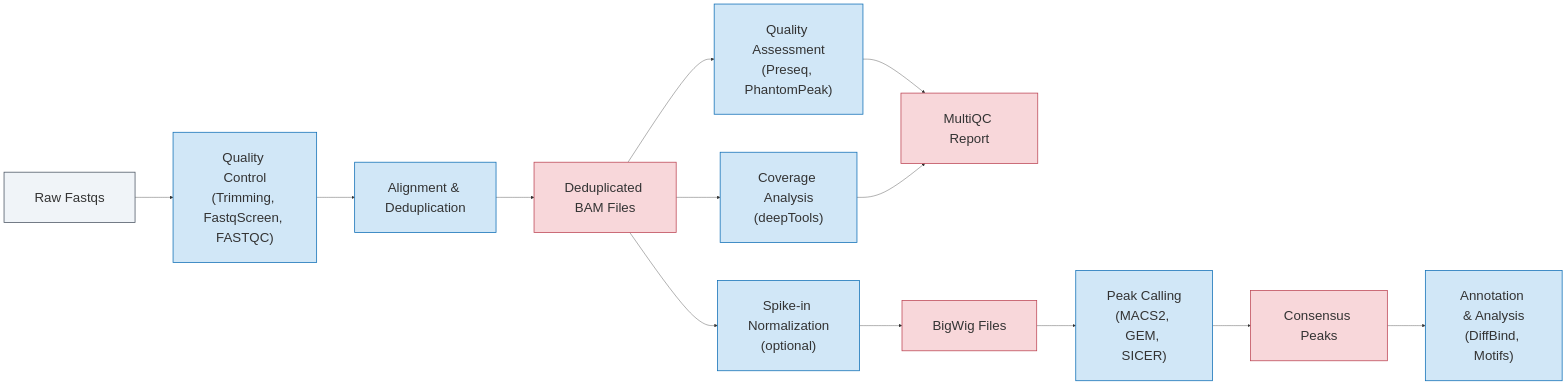
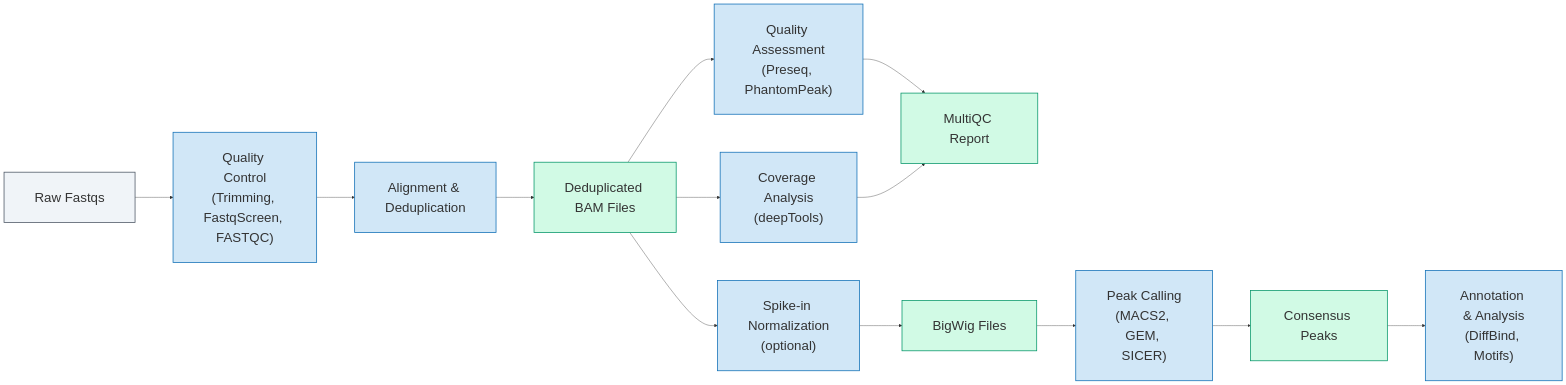
The diagram in docs/diagram/overview.md (CCBR/CHAMPAGNE), drawn with Mermaid before and after one commit.

Commit message:
style: red->teal

````diff
--- a/docs/diagram/overview.md
+++ b/docs/diagram/overview.md
@@ -1,36 +1,36 @@
 ```mermaid
 flowchart LR
 
 %%{init: {
   "themeVariables": {
      "background": "transparent",
      "fontSize": "35px" },
   "flowchart": {
     "nodeSpacing": 100,
     "rankSpacing": 100,
     "padding": 40,
     "htmlLabels": true
 }}}%%
 
   %% High-level stages
   Raw["Raw Fastqs"]:::input
   Raw --> QC["Quality Control<br/>(Trimming, FastqScreen, FASTQC)"]:::process
   QC --> Align["Alignment & Deduplication"]:::process
   Align --> BAMs["Deduplicated BAM Files"]:::output
 
   BAMs --> Assessment["Quality Assessment<br/>(Preseq, PhantomPeak)"]:::process
   BAMs --> Deeptools["Coverage Analysis<br/>(deepTools)"]:::process
   BAMs --> Norm["Spike-in Normalization<br/>(optional)"]:::process
 
   Assessment --> Reports["MultiQC Report"]:::output
   Deeptools --> Reports
   Norm --> Bigwigs["BigWig Files"]:::output
   Bigwigs --> Peaks["Peak Calling<br/>(MACS2, GEM, SICER)"]:::process
   Peaks --> Consensus["Consensus Peaks"]:::output
   Consensus --> Downstream["Annotation & Analysis<br/>(DiffBind, Motifs)"]:::process
 
-  %% Styles - Tech minimalist sleek theme
+  %% Styles
   classDef input fill:#f0f4f8,stroke:#4b5563,stroke-width:2px;
   classDef process fill:#d1e7f7,stroke:#0f6fb6,stroke-width:2px;
-  classDef output fill:#f8d7da,stroke:#bd4655,stroke-width:2px;
+  classDef output fill:#d1fae5,stroke:#059669,stroke-width:2px;
 ```
````
